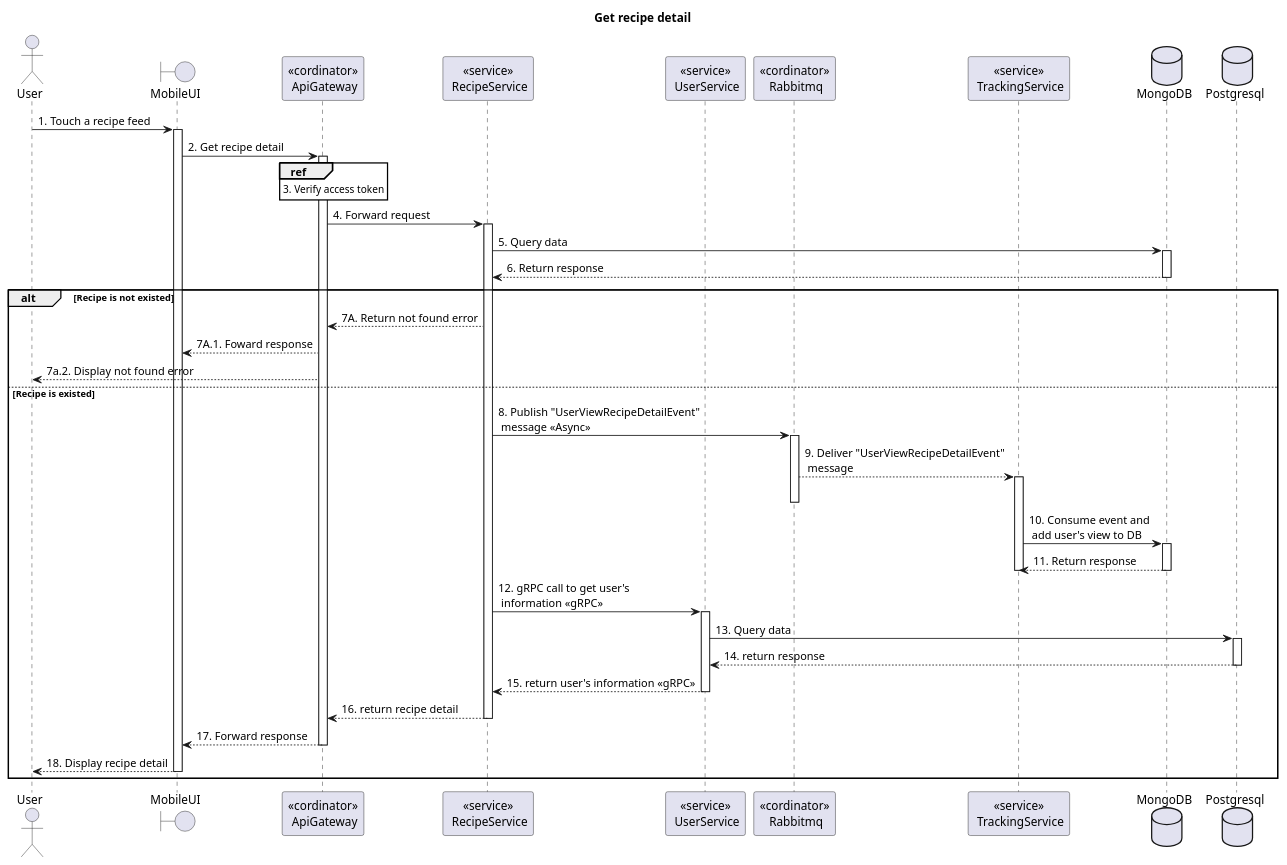
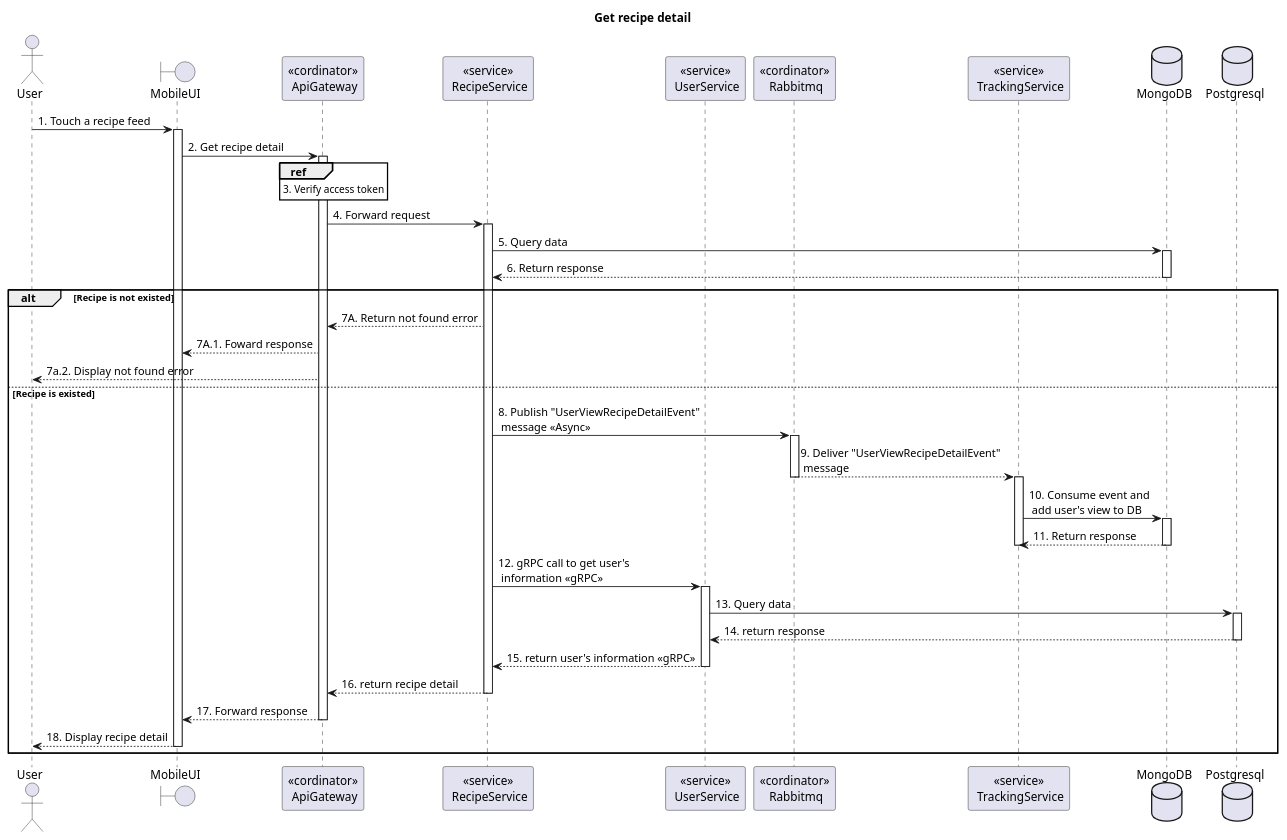
One commit to Carl-Johnsons/tastopia changed the diagram in doc/SDS/Recipe/Get recipe detail/Sequence.plantuml. Above: the diagram before and after it, drawn with PlantUML. The commit also changed 21 other files, not shown here.

Commit message:
doc: fix recipe sequence diagram

```diff
--- a/doc/SDS/Recipe/Get recipe detail/Sequence.plantuml
+++ b/doc/SDS/Recipe/Get recipe detail/Sequence.plantuml
@@ -1,57 +1,58 @@
 @startuml Sequence
 title "Get recipe detail"
 ' Style section
 <style>
   sequenceDiagram {
     reference {
       BackGroundColor white
     }
 }
 </style>
 
 actor User
 boundary MobileUI
 participant "<<cordinator>>\n ApiGateway" as ApiGateway
 participant "<<service>>\n RecipeService" as RecipeService
 participant "<<service>>\n UserService" as UserService
 participant "<<cordinator>>\n Rabbitmq" as Rabbitmq
 participant "<<service>>\n TrackingService" as TrackingService
 database MongoDB
 database Postgresql
 
 
 User -> MobileUI++: 1. Touch a recipe feed
 
 MobileUI -> ApiGateway++: 2. Get recipe detail
 
 ref over ApiGateway: 3. Verify access token
 
 ApiGateway -> RecipeService++: 4. Forward request
 
 RecipeService -> MongoDB++: 5. Query data
 RecipeService <-- MongoDB--: 6. Return response
 
 alt Recipe is not existed
     ApiGateway <-- RecipeService: 7A. Return not found error
     MobileUI <-- ApiGateway: 7A.1. Foward response
     User <-- ApiGateway: 7a.2. Display not found error
 else Recipe is existed
     RecipeService -> Rabbitmq++: 8. Publish "UserViewRecipeDetailEvent" \n message <<Async>>
-    Rabbitmq --> TrackingService++: 9. Deliver "UserViewRecipeDetailEvent"\n message
+    Rabbitmq --> TrackingService: 9. Deliver "UserViewRecipeDetailEvent"\n message
     deactivate Rabbitmq
+    activate TrackingService
     TrackingService -> MongoDB++: 10. Consume event and \n add user's view to DB
     TrackingService <-- MongoDB--: 11. Return response
     deactivate TrackingService
 
     RecipeService -> UserService++: 12. gRPC call to get user's \n information <<gRPC>>
     UserService -> Postgresql++: 13. Query data
     UserService <-- Postgresql--: 14. return response
     RecipeService <-- UserService--: 15. return user's information <<gRPC>>
 
     ApiGateway <-- RecipeService--: 16. return recipe detail
     MobileUI <-- ApiGateway--: 17. Forward response
     User <-- MobileUI--: 18. Display recipe detail
 end alt
 
 
 @enduml
```
